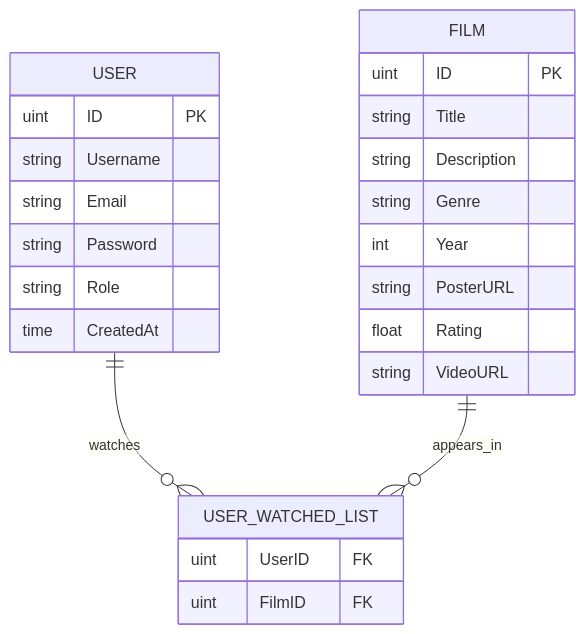
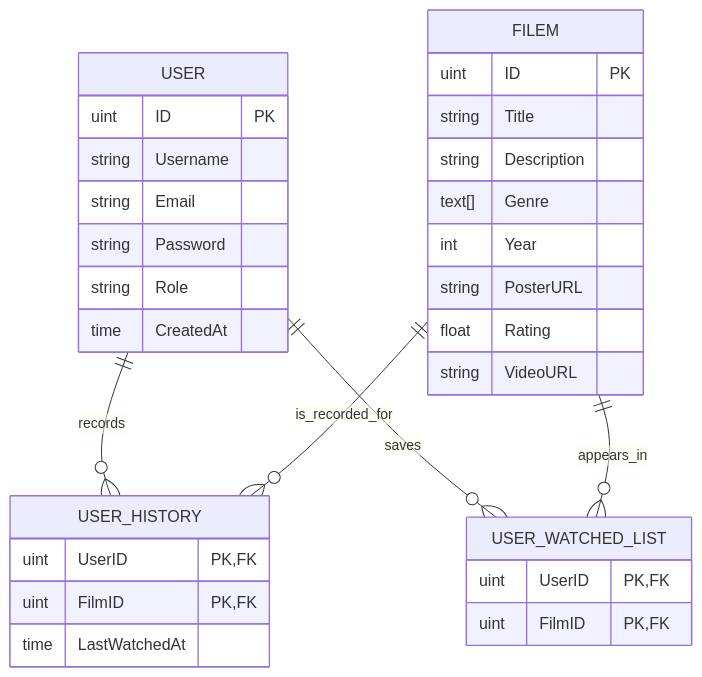
The first of 2 diagrams in backend/README.md (Restartor/web-streaming), drawn with Mermaid before and after one commit.

````diff
--- a/backend/README.md
+++ b/backend/README.md
@@ -49,30 +49,38 @@
 ```mermaid
 erDiagram
 	USER {
 		uint ID PK
 		string Username
 		string Email
 		string Password
 		string Role
 		time CreatedAt
 	}
 
-	FILM {
+	FILEM {
 		uint ID PK
 		string Title
 		string Description
-		string Genre
+		text[] Genre
 		int Year
 		string PosterURL
 		float Rating
 		string VideoURL
 	}
 
-	USER_WATCHED_LIST {
-		uint UserID FK
-		uint FilmID FK
+	USER_HISTORY {
+		uint UserID PK, FK
+		uint FilmID PK, FK
+		time LastWatchedAt
 	}
 
-	USER ||--o{ USER_WATCHED_LIST : watches
-	FILM ||--o{ USER_WATCHED_LIST : appears_in
+	USER_WATCHED_LIST {
+		uint UserID PK, FK
+		uint FilmID PK, FK
+	}
+
+	USER ||--o{ USER_HISTORY : records
+	FILEM ||--o{ USER_HISTORY : is_recorded_for
+	USER ||--o{ USER_WATCHED_LIST : saves
+	FILEM ||--o{ USER_WATCHED_LIST : appears_in
 ```
````
